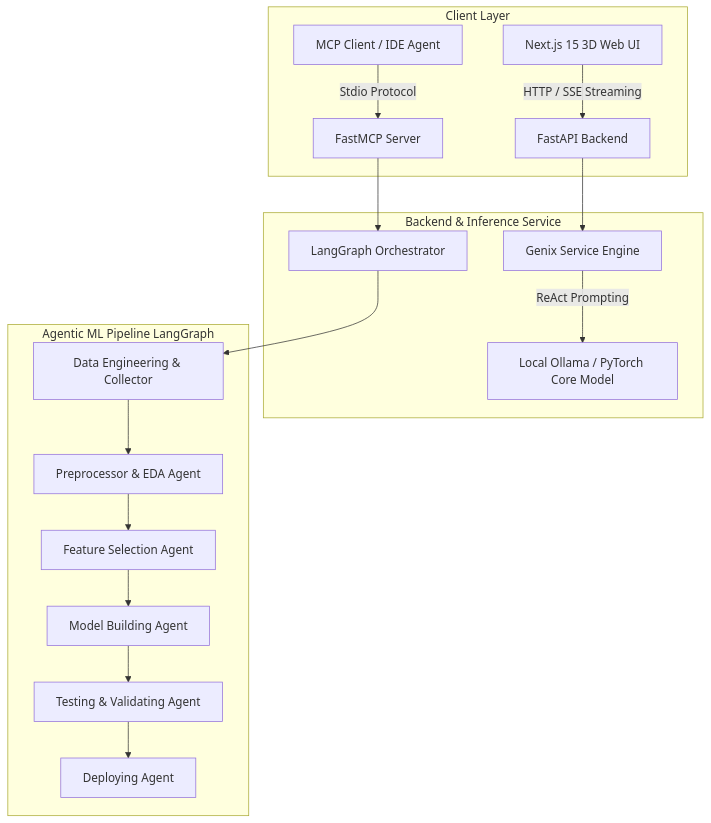
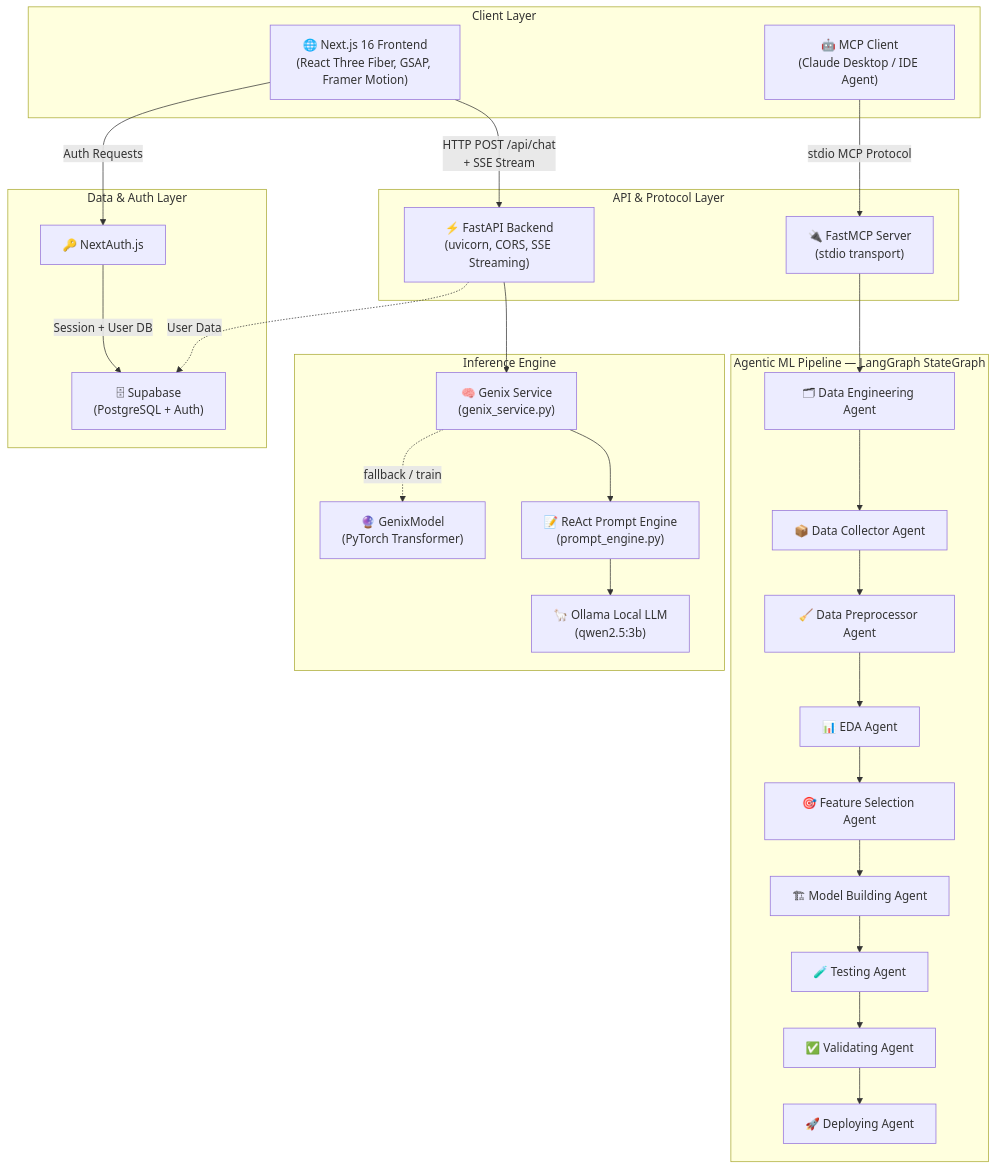
The diagram in README.md (niharsalvi2-spec/Agentic-Ml), drawn with Mermaid before and after one commit. The commit also changed other lines of this file, not shown here.

````diff
--- a/README.md
+++ b/README.md
@@ -44,22 +99,48 @@
 ```mermaid
 flowchart TD
-    subgraph Client Layer
-        A[Next.js 15 3D Web UI] -->|HTTP / SSE Streaming| B[FastAPI Backend]
-        C[MCP Client / IDE Agent] -->|Stdio Protocol| D[FastMCP Server]
+    subgraph "Client Layer"
+        A["🌐 Next.js 16 Frontend\n(React Three Fiber, GSAP, Framer Motion)"]
+        B["🤖 MCP Client\n(Claude Desktop / IDE Agent)"]
     end
 
-    subgraph Backend & Inference Service
-        B --> E[Genix Service Engine]
-        E -->|ReAct Prompting| F[Local Ollama / PyTorch Core Model]
-        D --> G[LangGraph Orchestrator]
+    subgraph "API & Protocol Layer"
+        C["⚡ FastAPI Backend\n(uvicorn, CORS, SSE Streaming)"]
+        D["🔌 FastMCP Server\n(stdio transport)"]
     end
 
-    subgraph Agentic ML Pipeline LangGraph
-        G --> H[Data Engineering & Collector]
-        H --> I[Preprocessor & EDA Agent]
-        I --> J[Feature Selection Agent]
-        J --> K[Model Building Agent]
-        K --> L[Testing & Validating Agent]
-        L --> M[Deploying Agent]
+    subgraph "Inference Engine"
+        E["🧠 Genix Service\n(genix_service.py)"]
+        F["📝 ReAct Prompt Engine\n(prompt_engine.py)"]
+        G["🦙 Ollama Local LLM\n(qwen2.5:3b)"]
+        H["🔮 GenixModel\n(PyTorch Transformer)"]
     end
+
+    subgraph "Agentic ML Pipeline — LangGraph StateGraph"
+        I["🗂 Data Engineering Agent"]
+        J["📦 Data Collector Agent"]
+        K["🧹 Data Preprocessor Agent"]
+        L["📊 EDA Agent"]
+        M["🎯 Feature Selection Agent"]
+        N["🏗 Model Building Agent"]
+        O["🧪 Testing Agent"]
+        P["✅ Validating Agent"]
+        Q["🚀 Deploying Agent"]
+    end
+
+    subgraph "Data & Auth Layer"
+        R["🗄 Supabase\n(PostgreSQL + Auth)"]
+        S["🔑 NextAuth.js"]
+    end
+
+    A -->|"HTTP POST /api/chat\n+ SSE Stream"| C
+    B -->|"stdio MCP Protocol"| D
+    C --> E
+    E --> F
+    F --> G
+    E -.->|"fallback / train"| H
+    D --> I
+    I --> J --> K --> L --> M --> N --> O --> P --> Q
+    A -->|"Auth Requests"| S
+    S -->|"Session + User DB"| R
+    C -.->|"User Data"| R
 ```
````
